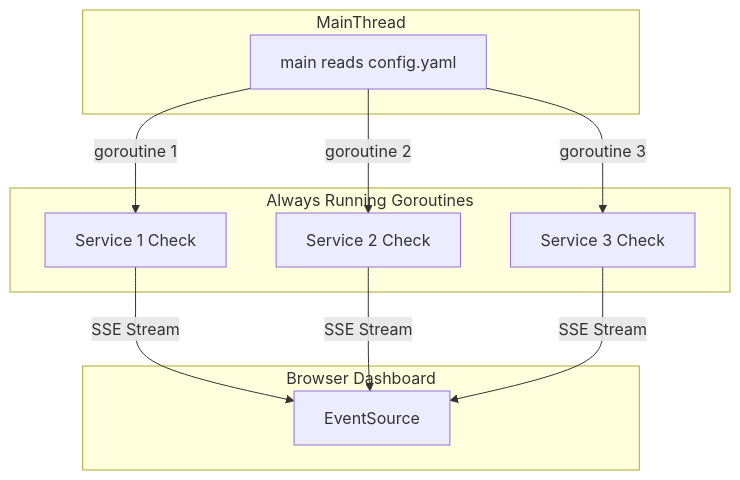
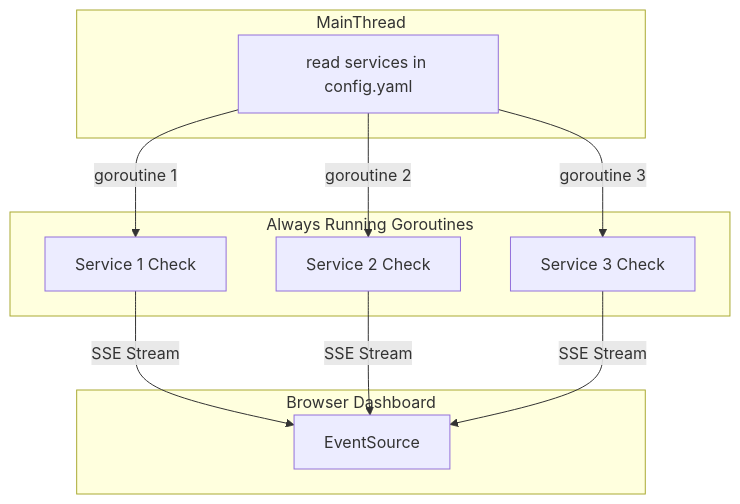
Before and after one commit to piqoni/inxidents: the diagram in README.md, drawn with Mermaid.

````diff
--- a/README.md
+++ b/README.md
@@ -57,21 +57,21 @@
 ```mermaid
 flowchart TB
   subgraph MainThread
-    Main[main reads config.yaml]
+    Main[read services in config.yaml]
   end
 
   subgraph Always Running Goroutines
     Service1[Service 1 Check]
     Service2[Service 2 Check]
     Service3[Service 3 Check]
   end
 
   Main -->|goroutine 1| Service1
   Main -->|goroutine 2| Service2
   Main -->|goroutine 3| Service3
 subgraph Browser Dashboard
   Service1 -->|SSE Stream| EventSource
   Service2 -->|SSE Stream| EventSource
   Service3 -->|SSE Stream | EventSource
 end
 ```
````
